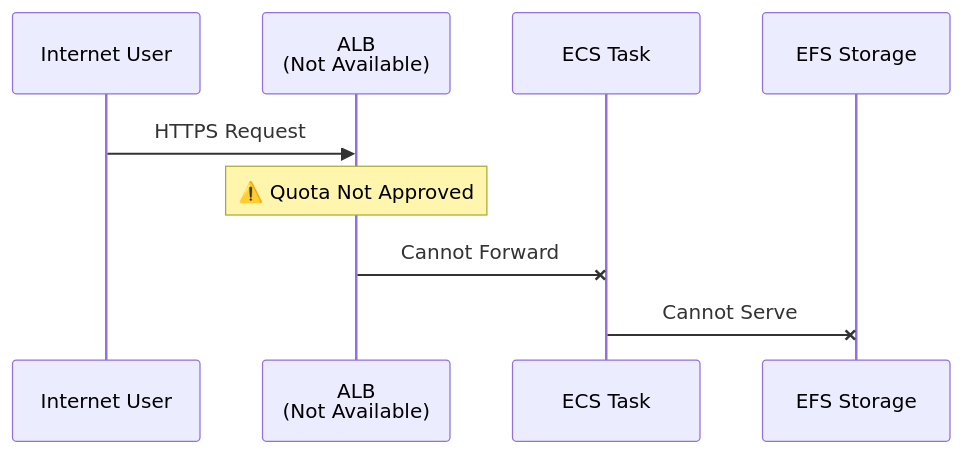
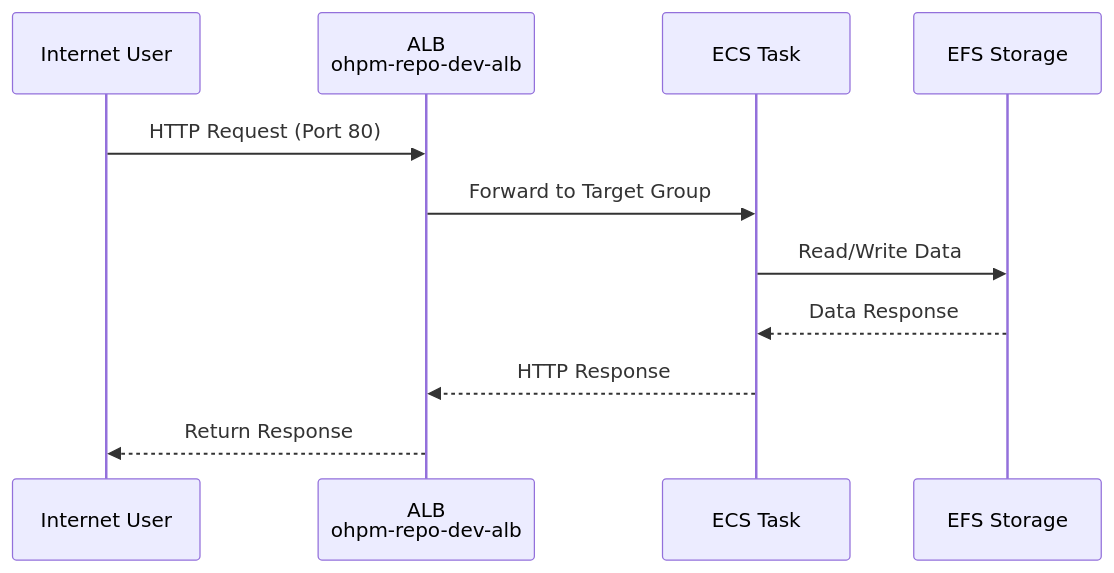
The sixth of 6 diagrams in ARCHITECTURE.md (hogan-kang/ohpm-repo-deploy), drawn with Mermaid before and after one commit. The commit also changed other lines of this file and 5 other files, not shown here.

Commit message:
Add OHPM repo Docker build with GitHub Actions

````diff
--- a/ARCHITECTURE.md
+++ b/ARCHITECTURE.md
@@ -241,12 +212,14 @@
 ```mermaid
 sequenceDiagram
     participant User as Internet User
-    participant ALB as ALB<br/>(Not Available)
+    participant ALB as ALB<br/>ohpm-repo-dev-alb
     participant ECS as ECS Task
     participant EFS as EFS Storage
 
-    User->>ALB: HTTPS Request
-    Note over ALB: ⚠️ Quota Not Approved
-    ALB-xECS: Cannot Forward
-    ECS-xEFS: Cannot Serve
+    User->>ALB: HTTP Request (Port 80)
+    ALB->>ECS: Forward to Target Group
+    ECS->>EFS: Read/Write Data
+    EFS-->>ECS: Data Response
+    ECS-->>ALB: HTTP Response
+    ALB-->>User: Return Response
 ```
````
